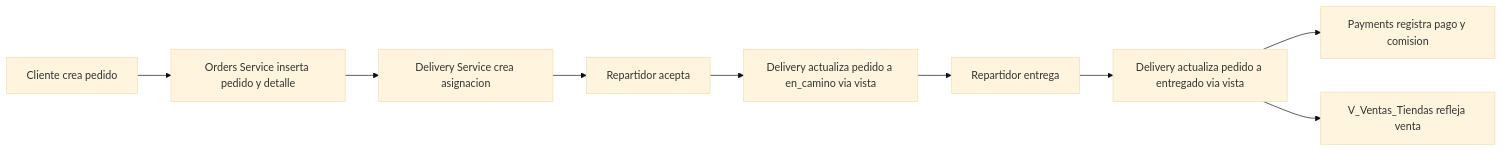
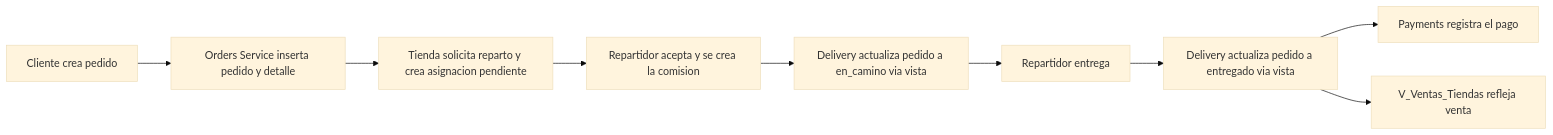
One commit to os-devsec/GoHenry changed the diagram in docs/DOCUMENTACION_SERVICIOS.md. Above: the diagram before and after it, drawn with Mermaid (base theme). The commit also changed other lines of this file and 30 other files, not shown here.

````diff
--- a/docs/DOCUMENTACION_SERVICIOS.md
+++ b/docs/DOCUMENTACION_SERVICIOS.md
@@ -458,11 +455,11 @@
 ```mermaid
 flowchart LR
     A["Cliente crea pedido"] --> B["Orders Service inserta pedido y detalle"]
-    B --> C["Delivery Service crea asignacion"]
-    C --> D["Repartidor acepta"]
+    B --> C["Tienda solicita reparto y crea asignacion pendiente"]
+    C --> D["Repartidor acepta y se crea la comision"]
     D --> E["Delivery actualiza pedido a en_camino via vista"]
     E --> F["Repartidor entrega"]
     F --> G["Delivery actualiza pedido a entregado via vista"]
-    G --> H["Payments registra pago y comision"]
+    G --> H["Payments registra el pago"]
     G --> I["V_Ventas_Tiendas refleja venta"]
 ```
````
